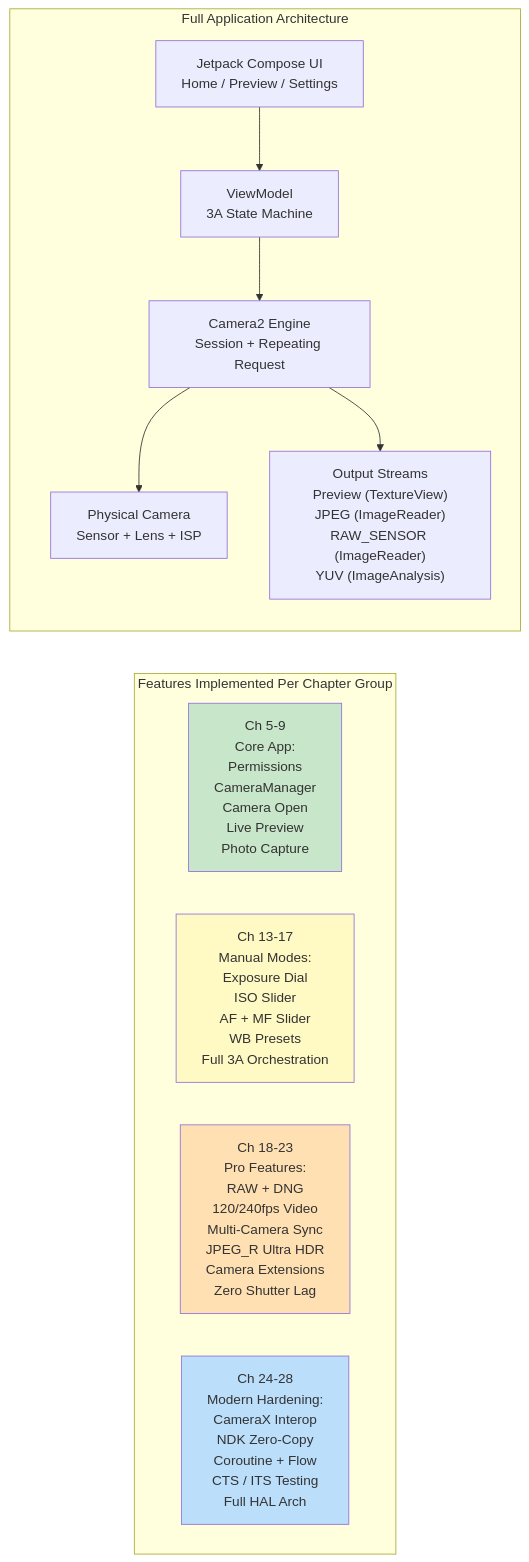
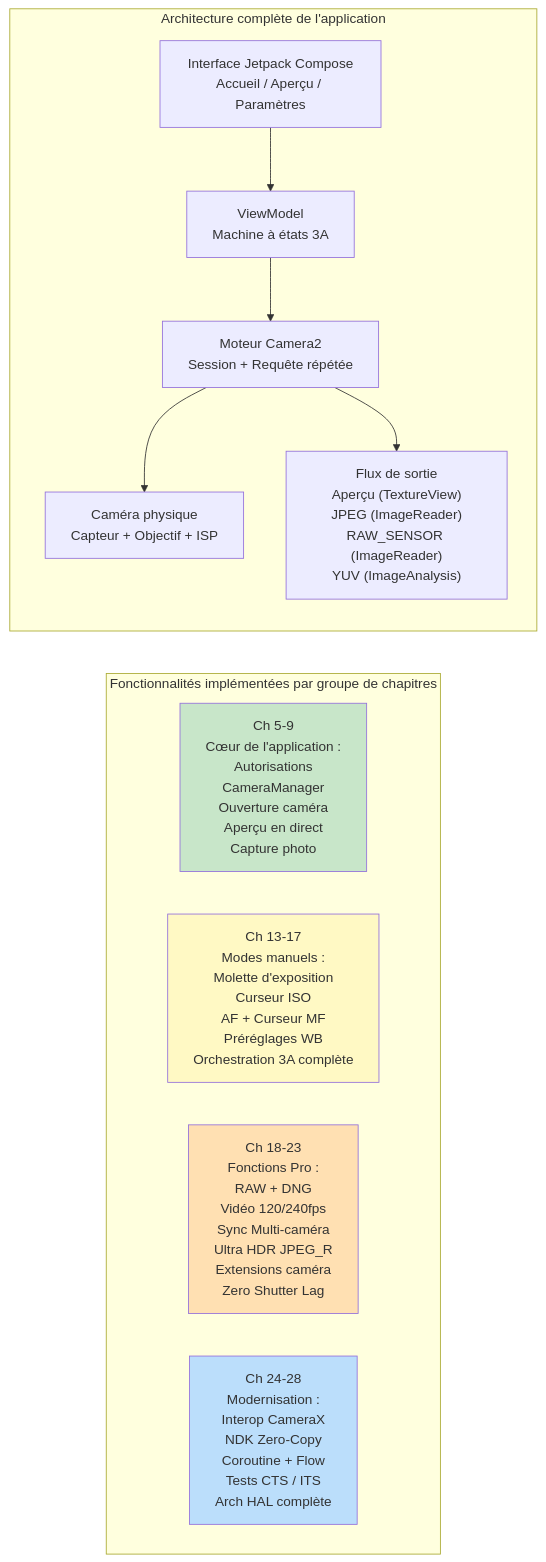
One commit to zoozooll/AndroidCameraParameters changed the second of 2 diagrams in website/i18n/fr/docusaurus-plugin-content-docs/current/camera2/welcome-to-android-camera2.md. Above: the diagram before and after it, drawn with Mermaid. The commit also changed other lines of this file and 378 other files, not shown here.

````diff
--- a/website/i18n/fr/docusaurus-plugin-content-docs/current/camera2/welcome-to-android-camera2.md
+++ b/website/i18n/fr/docusaurus-plugin-content-docs/current/camera2/welcome-to-android-camera2.md
@@ -182,25 +182,25 @@
 ```mermaid
 flowchart TB
-    subgraph LAYERED ["Full Application Architecture"]
+    subgraph LAYERED ["Architecture complète de l'application"]
         direction TB
-        UI["Jetpack Compose UI\nHome / Preview / Settings"] --> VM["ViewModel\n3A State Machine"]
-        VM --> CAM["Camera2 Engine\nSession + Repeating Request"]
-        CAM --> HW["Physical Camera\nSensor + Lens + ISP"]
-        CAM --> OUT["Output Streams\nPreview (TextureView)\nJPEG (ImageReader)\nRAW_SENSOR (ImageReader)\nYUV (ImageAnalysis)"]
+        UI["Interface Jetpack Compose<br/>Accueil / Aperçu / Paramètres"] --> VM["ViewModel<br/>Machine à états 3A"]
+        VM --> CAM["Moteur Camera2<br/>Session + Requête répétée"]
+        CAM --> HW["Caméra physique<br/>Capteur + Objectif + ISP"]
+        CAM --> OUT["Flux de sortie<br/>Aperçu (TextureView)<br/>JPEG (ImageReader)<br/>RAW_SENSOR (ImageReader)<br/>YUV (ImageAnalysis)"]
     end
     
-    subgraph FEATURES ["Features Implemented Per Chapter Group"]
+    subgraph FEATURES ["Fonctionnalités implémentées par groupe de chapitres"]
         direction LR
-        P2["Ch 5-9\nCore App:\nPermissions\nCameraManager\nCamera Open\nLive Preview\nPhoto Capture"]
-        P4["Ch 13-17\nManual Modes:\nExposure Dial\nISO Slider\nAF + MF Slider\nWB Presets\nFull 3A Orchestration"]
-        P5["Ch 18-23\nPro Features:\nRAW + DNG\n120/240fps Video\nMulti-Camera Sync\nJPEG_R Ultra HDR\nCamera Extensions\nZero Shutter Lag"]
-        P6["Ch 24-28\nModern Hardening:\nCameraX Interop\nNDK Zero-Copy\nCoroutine + Flow\nCTS / ITS Testing\nFull HAL Arch"]
+        P2["Ch 5-9<br/>Cœur de l'application :<br/>Autorisations<br/>CameraManager<br/>Ouverture caméra<br/>Aperçu en direct<br/>Capture photo"]
+        P4["Ch 13-17<br/>Modes manuels :<br/>Molette d'exposition<br/>Curseur ISO<br/>AF + Curseur MF<br/>Préréglages WB<br/>Orchestration 3A complète"]
+        P5["Ch 18-23<br/>Fonctions Pro :<br/>RAW + DNG<br/>Vidéo 120/240fps<br/>Sync Multi-caméra<br/>Ultra HDR JPEG_R<br/>Extensions caméra<br/>Zero Shutter Lag"]
+        P6["Ch 24-28<br/>Modernisation :<br/>Interop CameraX<br/>NDK Zero-Copy<br/>Coroutine + Flow<br/>Tests CTS / ITS<br/>Arch HAL complète"]
     end
     
     LAYERED ~~~ FEATURES
     
     style P2 fill:#C8E6C9
     style P4 fill:#FFF9C4
     style P5 fill:#FFE0B2
     style P6 fill:#BBDEFB
 ```
````
